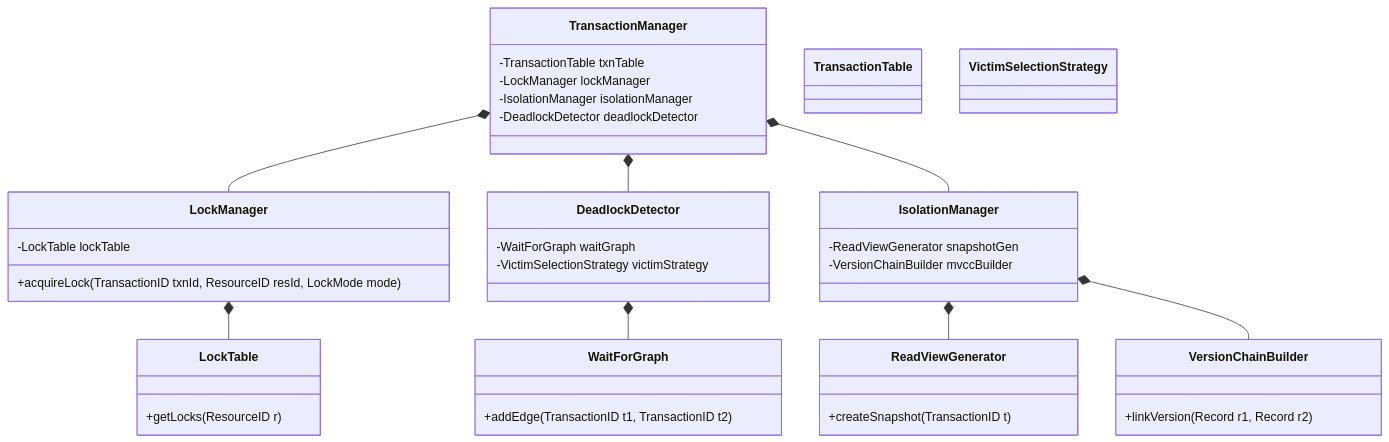
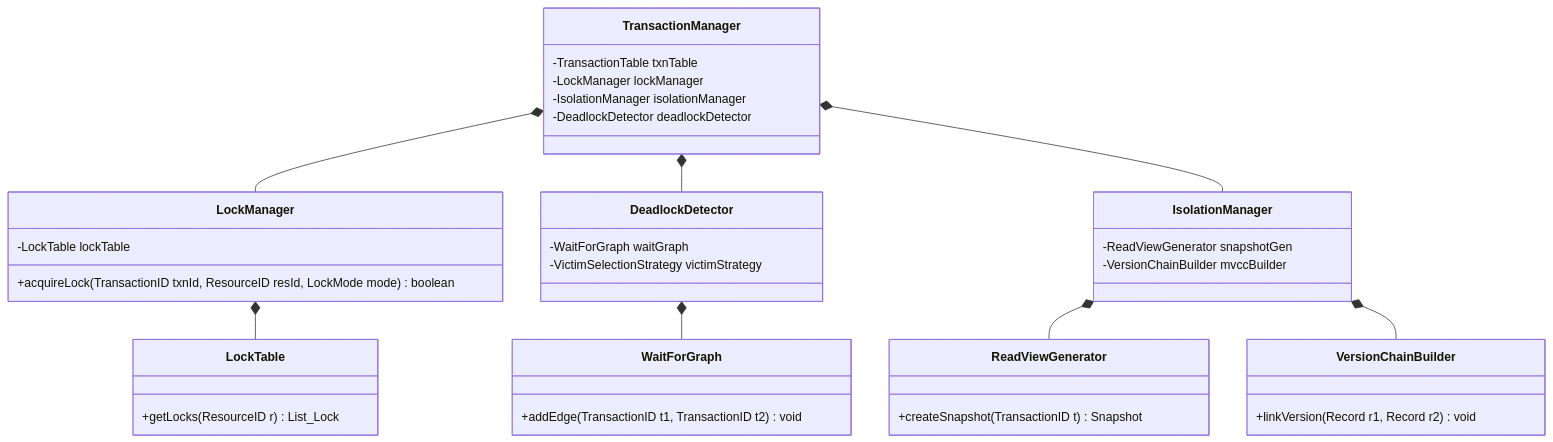
The fifth of 9 diagrams in README.md (TamBui1706/DBMS), drawn with Mermaid before and after one commit. The commit also changed other lines of this file and 2 other files, not shown here.

Commit message:
Up Class Diagram

````diff
--- a/README.md
+++ b/README.md
@@ -609,43 +618,41 @@
 ```mermaid
 classDiagram
-    class TransactionManager {
+class TransactionManager {
         -TransactionTable txnTable
         -LockManager lockManager
         -IsolationManager isolationManager
         -DeadlockDetector deadlockDetector
     }
     class LockManager {
         -LockTable lockTable
-        +acquireLock(TransactionID txnId, ResourceID resId, LockMode mode)
+        +acquireLock(TransactionID txnId, ResourceID resId, LockMode mode) boolean
     }
     class LockTable {
-        +getLocks(ResourceID r)
+        +getLocks(ResourceID r) List_Lock
     }
     class DeadlockDetector {
         -WaitForGraph waitGraph
         -VictimSelectionStrategy victimStrategy
     }
     class WaitForGraph {
-        +addEdge(TransactionID t1, TransactionID t2)
+        +addEdge(TransactionID t1, TransactionID t2) void
     }
     class IsolationManager {
         -ReadViewGenerator snapshotGen
         -VersionChainBuilder mvccBuilder
     }
     class ReadViewGenerator {
-        +createSnapshot(TransactionID t)
+        +createSnapshot(TransactionID t) Snapshot
     }
     class VersionChainBuilder {
-        +linkVersion(Record r1, Record r2)
+        +linkVersion(Record r1, Record r2) void
     }
 
     TransactionManager *-- LockManager
     TransactionManager *-- DeadlockDetector
     TransactionManager *-- IsolationManager
     LockManager *-- LockTable
     DeadlockDetector *-- WaitForGraph
     IsolationManager *-- ReadViewGenerator
     IsolationManager *-- VersionChainBuilder
-    class TransactionTable
-    class VictimSelectionStrategy
 ```
````
